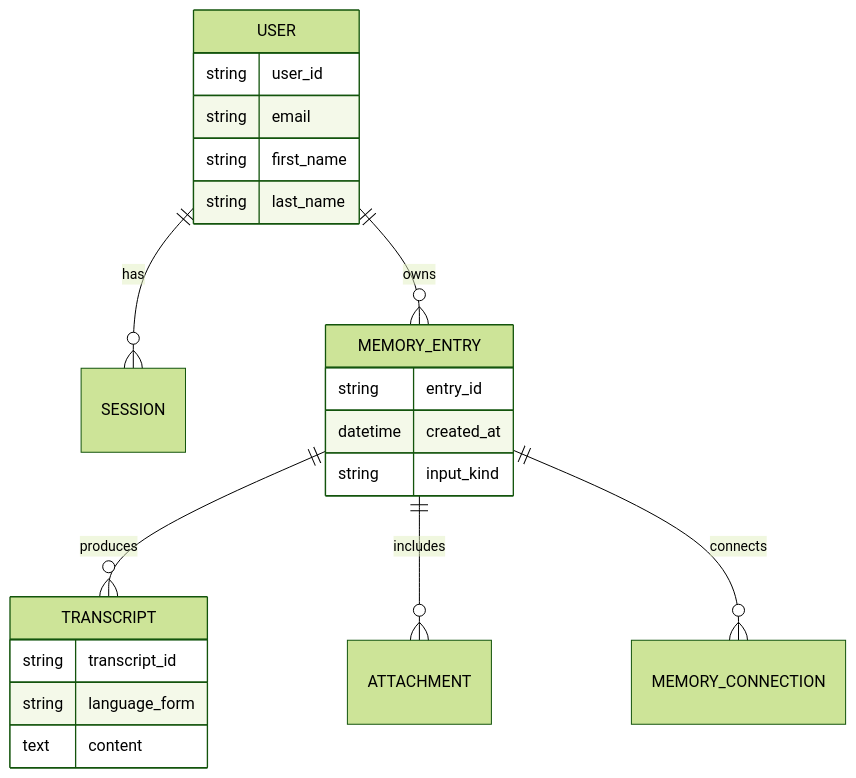
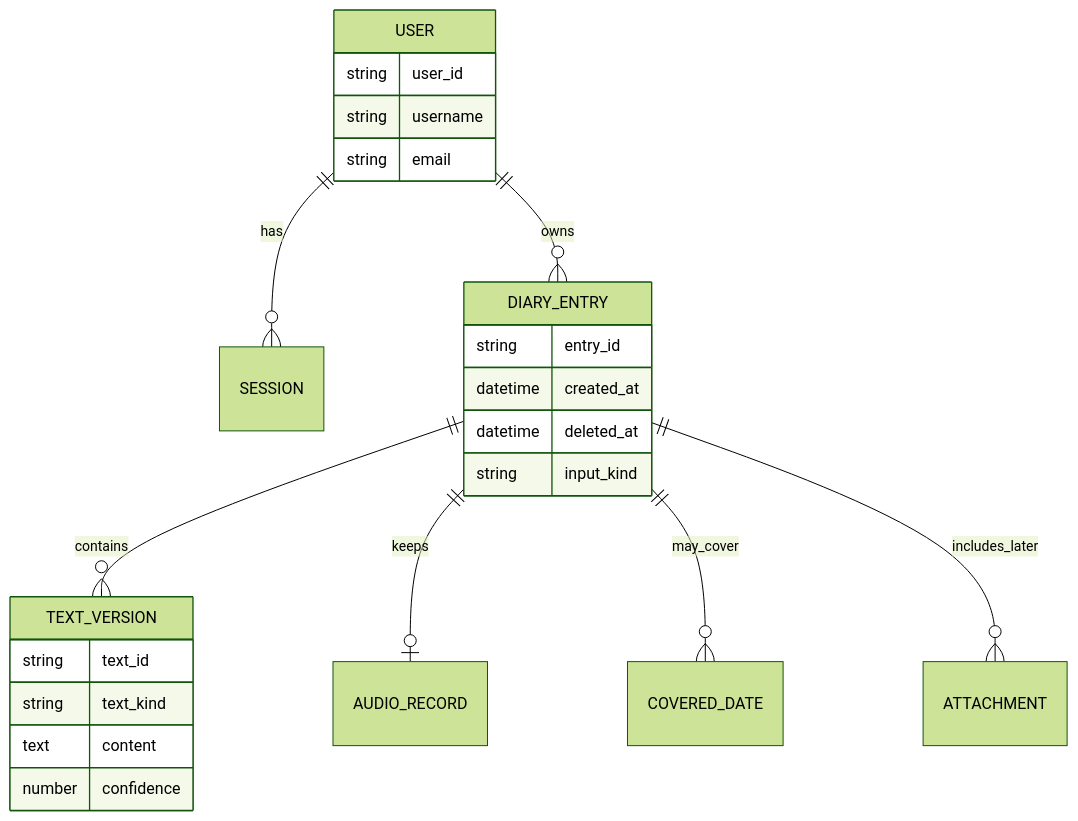
Before and after one commit to adityavarmachandika/aham-docs: the second of 2 diagrams in canvas/database/overview.md, drawn with Mermaid (forest theme). The commit also changed other lines of this file and 17 other files, not shown here.

````diff
--- a/canvas/database/overview.md
+++ b/canvas/database/overview.md
@@ -35,27 +41,29 @@
 ```mermaid
 erDiagram
     USER ||--o{ SESSION : has
-    USER ||--o{ MEMORY_ENTRY : owns
-    MEMORY_ENTRY ||--o{ TRANSCRIPT : produces
-    MEMORY_ENTRY ||--o{ ATTACHMENT : includes
-    MEMORY_ENTRY ||--o{ MEMORY_CONNECTION : connects
+    USER ||--o{ DIARY_ENTRY : owns
+    DIARY_ENTRY ||--o{ TEXT_VERSION : contains
+    DIARY_ENTRY ||--o| AUDIO_RECORD : keeps
+    DIARY_ENTRY ||--o{ COVERED_DATE : may_cover
+    DIARY_ENTRY ||--o{ ATTACHMENT : includes_later
 
     USER {
       string user_id
+      string username
       string email
-      string first_name
-      string last_name
     }
 
-    MEMORY_ENTRY {
+    DIARY_ENTRY {
       string entry_id
       datetime created_at
+      datetime deleted_at
       string input_kind
     }
 
-    TRANSCRIPT {
-      string transcript_id
-      string language_form
+    TEXT_VERSION {
+      string text_id
+      string text_kind
       text content
+      number confidence
     }
 ```
````
